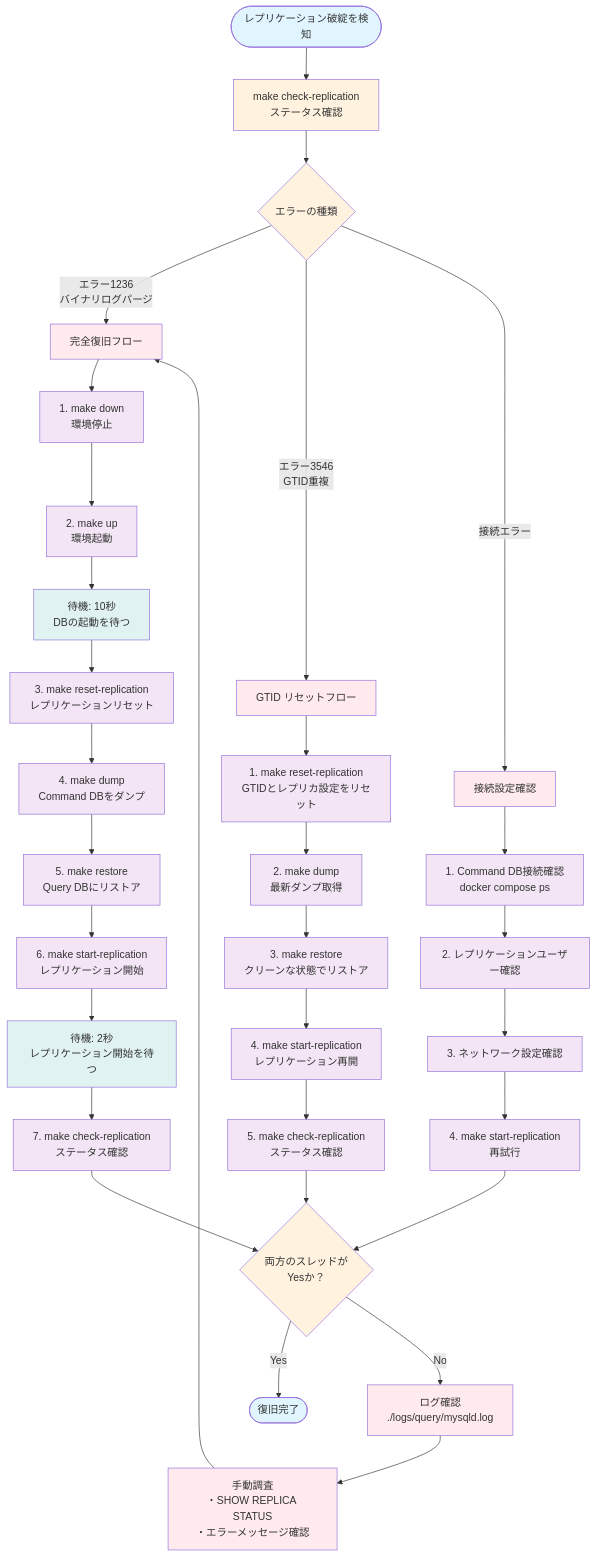
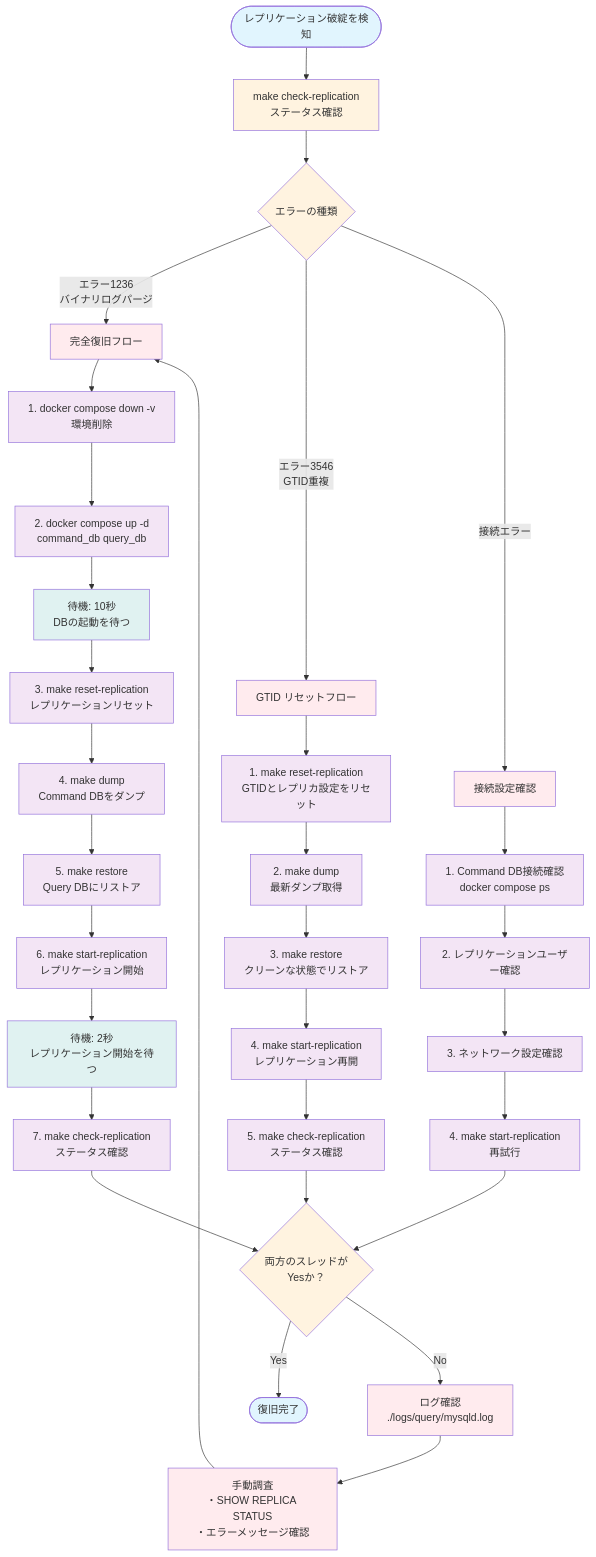
Before and after one commit to haru-256/practical-go-grpc-micro-service: the fifth of 5 diagrams in workbench/db/README.md, drawn with Mermaid. The commit also changed other lines of this file and 2 other files, not shown here.

Commit message:
docs: Update README and Makefile for improved Docker Compose usage and clarity

````diff
--- a/workbench/db/README.md
+++ b/workbench/db/README.md
@@ -347,54 +384,54 @@
 ```mermaid
 flowchart TD
     Start([レプリケーション破綻を検知]) --> Check[make check-replication<br/>ステータス確認]
     
     Check --> Decision{エラーの種類}
     
     Decision -->|エラー1236<br/>バイナリログパージ| Flow1[完全復旧フロー]
     Decision -->|エラー3546<br/>GTID重複| Flow2[GTID リセットフロー]
     Decision -->|接続エラー| Flow3[接続設定確認]
     
-    Flow1 --> Step1[1. make down<br/>環境停止]
-    Step1 --> Step2[2. make up<br/>環境起動]
+    Flow1 --> Step1[1. docker compose down -v<br/>環境削除]
+    Step1 --> Step2[2. docker compose up -d<br/>command_db query_db]
     Step2 --> Wait1[待機: 10秒<br/>DBの起動を待つ]
     Wait1 --> Step3[3. make reset-replication<br/>レプリケーションリセット]
     Step3 --> Step4[4. make dump<br/>Command DBをダンプ]
     Step4 --> Step5[5. make restore<br/>Query DBにリストア]
     Step5 --> Step6[6. make start-replication<br/>レプリケーション開始]
     Step6 --> Wait2[待機: 2秒<br/>レプリケーション開始を待つ]
     Wait2 --> Verify1[7. make check-replication<br/>ステータス確認]
     
     Flow2 --> Reset1[1. make reset-replication<br/>GTIDとレプリカ設定をリセット]
     Reset1 --> Reset2[2. make dump<br/>最新ダンプ取得]
     Reset2 --> Reset3[3. make restore<br/>クリーンな状態でリストア]
     Reset3 --> Reset4[4. make start-replication<br/>レプリケーション再開]
     Reset4 --> Verify2[5. make check-replication<br/>ステータス確認]
     
     Flow3 --> Conn1[1. Command DB接続確認<br/>docker compose ps]
     Conn1 --> Conn2[2. レプリケーションユーザー確認]
     Conn2 --> Conn3[3. ネットワーク設定確認]
     Conn3 --> Verify3[4. make start-replication<br/>再試行]
     
     Verify1 --> Final{両方のスレッドが<br/>Yesか？}
     Verify2 --> Final
     Verify3 --> Final
     
     Final -->|Yes| Success([復旧完了])
     Final -->|No| Logs[ログ確認<br/>./logs/query/mysqld.log]
     Logs --> Manual[手動調査<br/>・SHOW REPLICA STATUS<br/>・エラーメッセージ確認]
     Manual --> Flow1
     
     %% スタイル設定
     classDef startEnd fill:#e1f5fe
     classDef process fill:#f3e5f5
     classDef decision fill:#fff3e0
     classDef error fill:#ffebee
     classDef success fill:#e8f5e8
     classDef wait fill:#e0f2f1
     
     class Start,Success startEnd
     class Step1,Step2,Step3,Step4,Step5,Step6,Reset1,Reset2,Reset3,Reset4,Conn1,Conn2,Conn3,Verify1,Verify2,Verify3 process
     class Check,Decision,Final decision
     class Flow1,Flow2,Flow3,Logs,Manual error
     class Wait1,Wait2 wait
 ```
````
